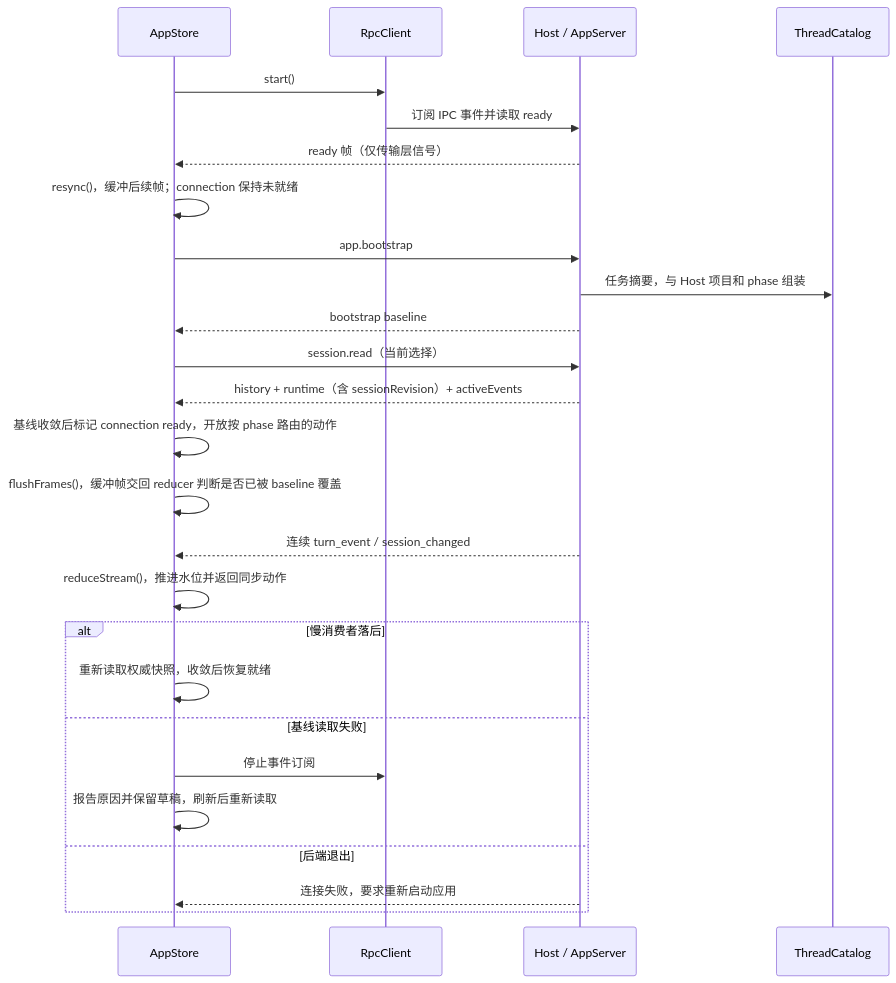
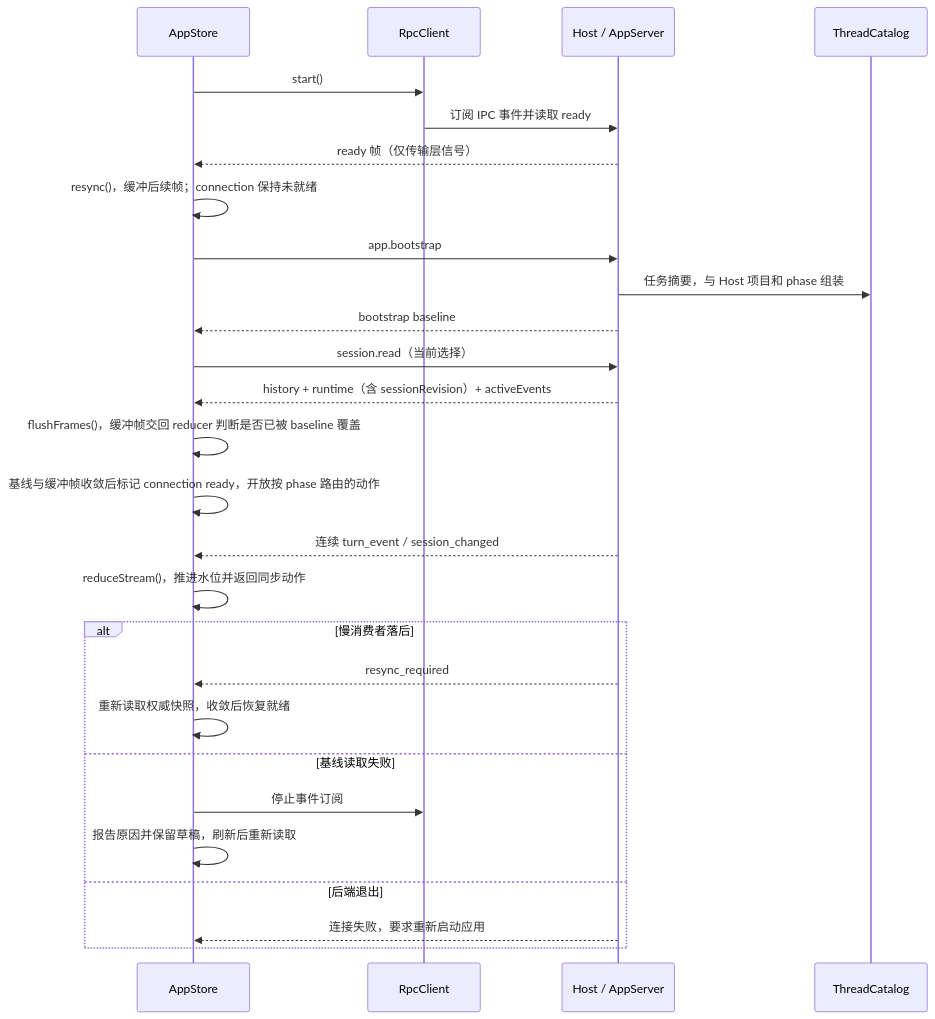
One commit to qjcnmd/singularity-agent changed the tenth of 28 diagrams in docs/architecture.md. Above: the diagram before and after it, drawn with Mermaid. The commit also changed other lines of this file, not shown here.

````diff
--- a/docs/architecture.md
+++ b/docs/architecture.md
@@ -277,28 +275,29 @@
 ```mermaid
 sequenceDiagram
     participant View as AppStore
     participant Conn as RpcClient
     participant Host as Host / AppServer
     participant Catalog as ThreadCatalog
     View->>Conn: start()
     Conn->>Host: 订阅 IPC 事件并读取 ready
     Host-->>View: ready 帧（仅传输层信号）
     View->>View: resync()，缓冲后续帧；connection 保持未就绪
     View->>Host: app.bootstrap
     Host->>Catalog: 任务摘要，与 Host 项目和 phase 组装
     Host-->>View: bootstrap baseline
     View->>Host: session.read（当前选择）
     Host-->>View: history + runtime（含 sessionRevision）+ activeEvents
-    View->>View: 基线收敛后标记 connection ready，开放按 phase 路由的动作
     View->>View: flushFrames()，缓冲帧交回 reducer 判断是否已被 baseline 覆盖
+    View->>View: 基线与缓冲帧收敛后标记 connection ready，开放按 phase 路由的动作
     Host-->>View: 连续 turn_event / session_changed
     View->>View: reduceStream()，推进水位并返回同步动作
     alt 慢消费者落后
+        Host-->>View: resync_required
         View->>View: 重新读取权威快照，收敛后恢复就绪
     else 基线读取失败
         View->>Conn: 停止事件订阅
         View->>View: 报告原因并保留草稿，刷新后重新读取
     else 后端退出
         Host-->>View: 连接失败，要求重新启动应用
     end
 ```
````
